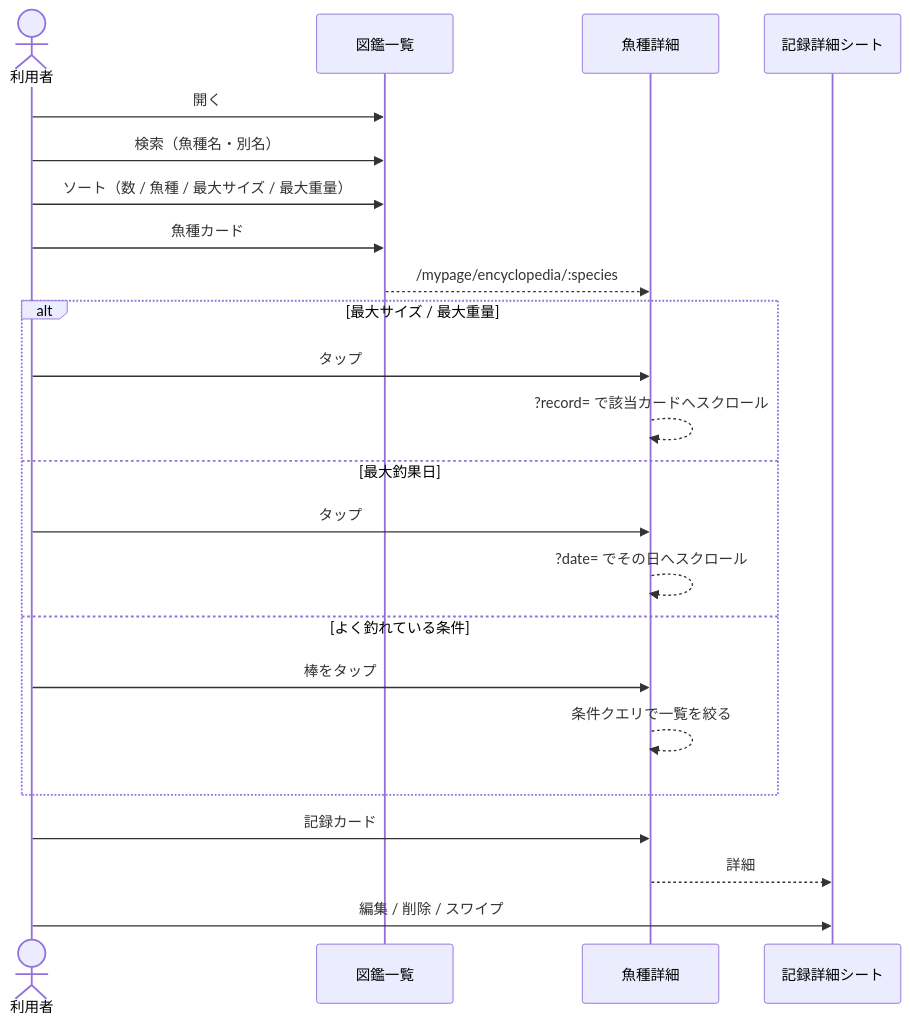
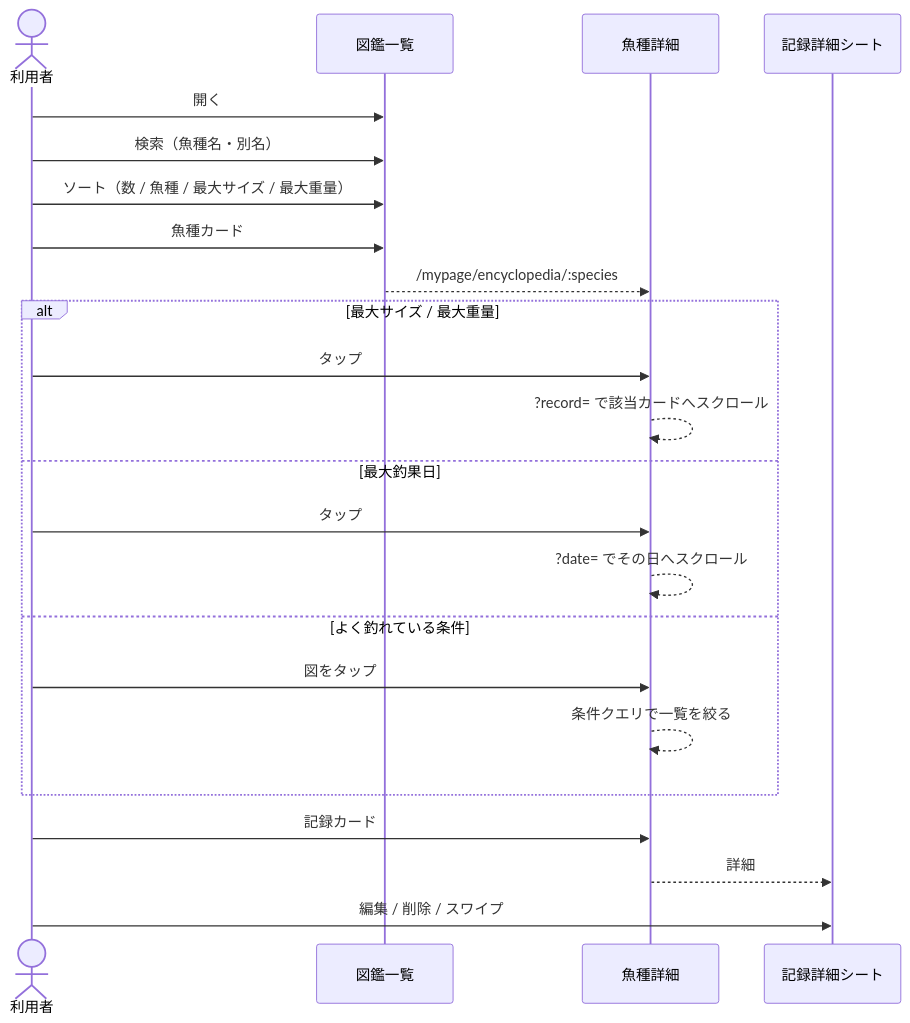
One commit to honeston/fissingplotter changed the sixth of 8 diagrams in docs/screens/design/mypage.md. Above: the diagram before and after it, drawn with Mermaid. The commit also changed other lines of this file and 2 other files, not shown here.

Commit message:
よく釣れている条件を軸ごとに縦棒・円・帯で分けて並べ、同じ横棒の繰り返しをなくす。

````diff
--- a/docs/screens/design/mypage.md
+++ b/docs/screens/design/mypage.md
@@ -116,26 +116,26 @@
 ```mermaid
 sequenceDiagram
   actor U as 利用者
   participant Enc as 図鑑一覧
   participant Sp as 魚種詳細
   participant Sheet as 記録詳細シート
 
   U->>Enc: 開く
   U->>Enc: 検索（魚種名・別名）
   U->>Enc: ソート（数 / 魚種 / 最大サイズ / 最大重量）
   U->>Enc: 魚種カード
   Enc-->>Sp: /mypage/encyclopedia/:species
   alt 最大サイズ / 最大重量
     U->>Sp: タップ
     Sp-->>Sp: ?record= で該当カードへスクロール
   else 最大釣果日
     U->>Sp: タップ
     Sp-->>Sp: ?date= でその日へスクロール
   else よく釣れている条件
-    U->>Sp: 棒をタップ
+    U->>Sp: 図をタップ
     Sp-->>Sp: 条件クエリで一覧を絞る
   end
   U->>Sp: 記録カード
   Sp-->>Sheet: 詳細
   U->>Sheet: 編集 / 削除 / スワイプ
 ```
````
